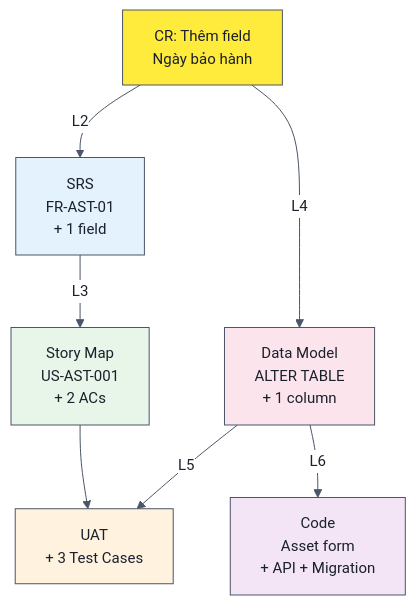
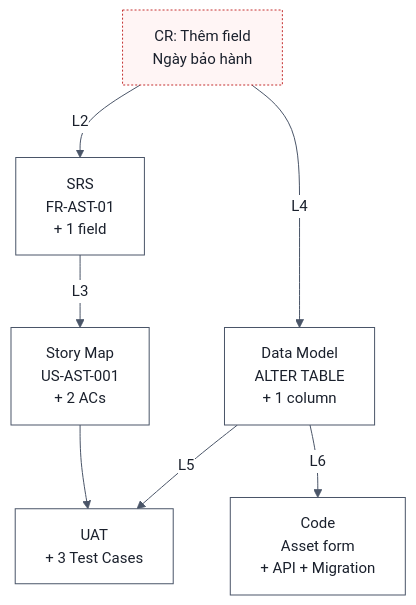
The first of 2 diagrams in BA-agent/BA-document-rule/core/impact-analysis-guide.md (sonbui31/BA-studies), drawn with Mermaid before and after one commit. The commit also changed other lines of this file and 102 other files, not shown here.

````diff
--- a/BA-agent/BA-document-rule/core/impact-analysis-guide.md
+++ b/BA-agent/BA-document-rule/core/impact-analysis-guide.md
@@ -74,17 +74,13 @@
 ```mermaid
 %%{init: {"theme": "base", "fontFamily": "Arial, Helvetica, sans-serif", "themeVariables": {"fontSize": "15px", "primaryColor": "#FFFFFF", "primaryBorderColor": "#4A5568", "primaryTextColor": "#1A202C", "lineColor": "#4A5568", "secondaryColor": "#F7FAFC", "tertiaryColor": "#F7FAFC", "clusterBkg": "#F7FAFC", "clusterBorder": "#A0AEC0", "edgeLabelBackground": "#FFFFFF", "actorBkg": "#EBF8FF", "actorBorder": "#2B6CB0", "noteBkgColor": "#FFF8E1", "noteBorderColor": "#B7791F"}}}%%
 graph TD
     CR["CR: Thêm field<br/>Ngày bảo hành"] -->|"L2"| SRS["SRS<br/>FR-AST-01<br/>+ 1 field"]
     CR -->|"L4"| DM["Data Model<br/>ALTER TABLE<br/>+ 1 column"]
     SRS -->|"L3"| USM["Story Map<br/>US-AST-001<br/>+ 2 ACs"]
     DM -->|"L5"| UAT["UAT<br/>+ 3 Test Cases"]
     DM -->|"L6"| CODE["Code<br/>Asset form<br/>+ API + Migration"]
     USM --> UAT
-    
-    style CR fill:#ffeb3b
-    style SRS fill:#e3f2fd
-    style DM fill:#fce4ec
-    style USM fill:#e8f5e9
-    style UAT fill:#fff3e0
-    style CODE fill:#f3e5f5
+
+    classDef pain fill:#FFF5F5,stroke:#C53030,stroke-dasharray:2 2
+    class CR pain
 ```
````
